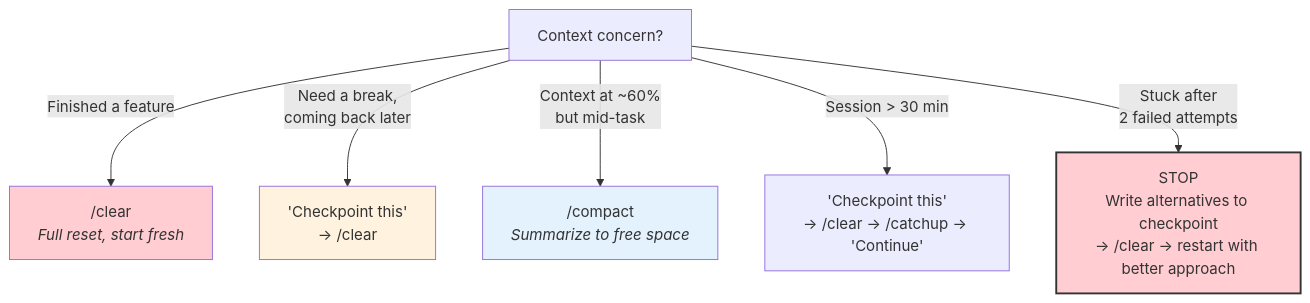
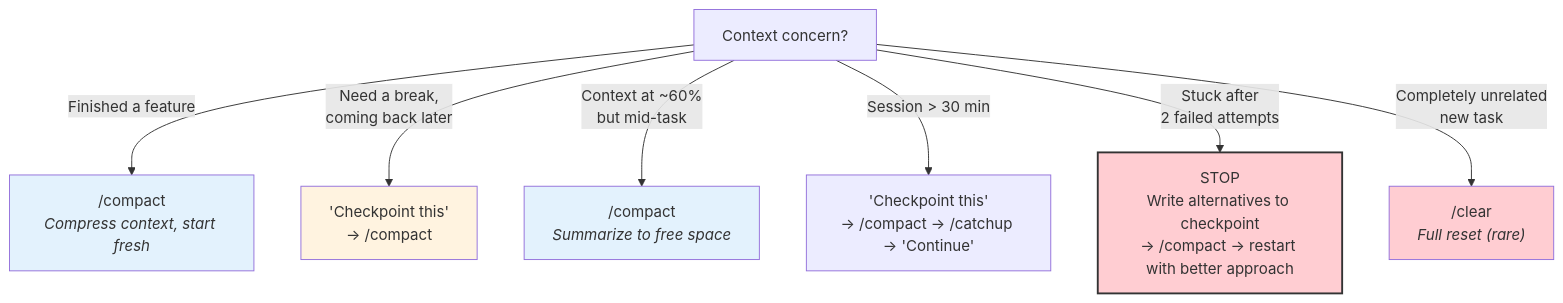
Before and after one commit to goldhaxx/fucina: the second of 3 diagrams in .ccanvil/guide/decision-guide.md, drawn with Mermaid. The commit also changed other lines of this file and 15 other files, not shown here.

````diff
--- a/.ccanvil/guide/decision-guide.md
+++ b/.ccanvil/guide/decision-guide.md
@@ -28,15 +28,17 @@
 ```mermaid
 flowchart TD
     Q["Context concern?"]
 
-    Q -->|"Finished a feature"| CLEAR["/clear<br/><i>Full reset, start fresh</i>"]
-    Q -->|"Need a break,<br/>coming back later"| CP["'Checkpoint this'<br/>→ /clear"]
-    Q -->|"Context at ~60%<br/>but mid-task"| COMPACT["/compact<br/><i>Summarize to free space</i>"]
-    Q -->|"Session > 30 min"| CP2["'Checkpoint this'<br/>→ /clear → /catchup → 'Continue'"]
-    Q -->|"Stuck after<br/>2 failed attempts"| STOP["STOP<br/>Write alternatives to checkpoint<br/>→ /clear → restart with better approach"]
+    Q -->|"Finished a feature"| COMPACT["/compact<br/><i>Compress context, start fresh</i>"]
+    Q -->|"Need a break,<br/>coming back later"| CP["'Checkpoint this'<br/>→ /compact"]
+    Q -->|"Context at ~60%<br/>but mid-task"| COMPACT_MID["/compact<br/><i>Summarize to free space</i>"]
+    Q -->|"Session > 30 min"| CP2["'Checkpoint this'<br/>→ /compact → /catchup → 'Continue'"]
+    Q -->|"Stuck after<br/>2 failed attempts"| STOP["STOP<br/>Write alternatives to checkpoint<br/>→ /compact → restart with better approach"]
+    Q -->|"Completely unrelated<br/>new task"| CLEAR["/clear<br/><i>Full reset (rare)</i>"]
 
+    style COMPACT fill:#e3f2fd
+    style CP fill:#fff3e0
+    style COMPACT_MID fill:#e3f2fd
+    style STOP fill:#ffcdd2,stroke:#333,stroke-width:2px
     style CLEAR fill:#ffcdd2
-    style CP fill:#fff3e0
-    style COMPACT fill:#e3f2fd
-    style STOP fill:#ffcdd2,stroke:#333,stroke-width:2px
 ```
````
